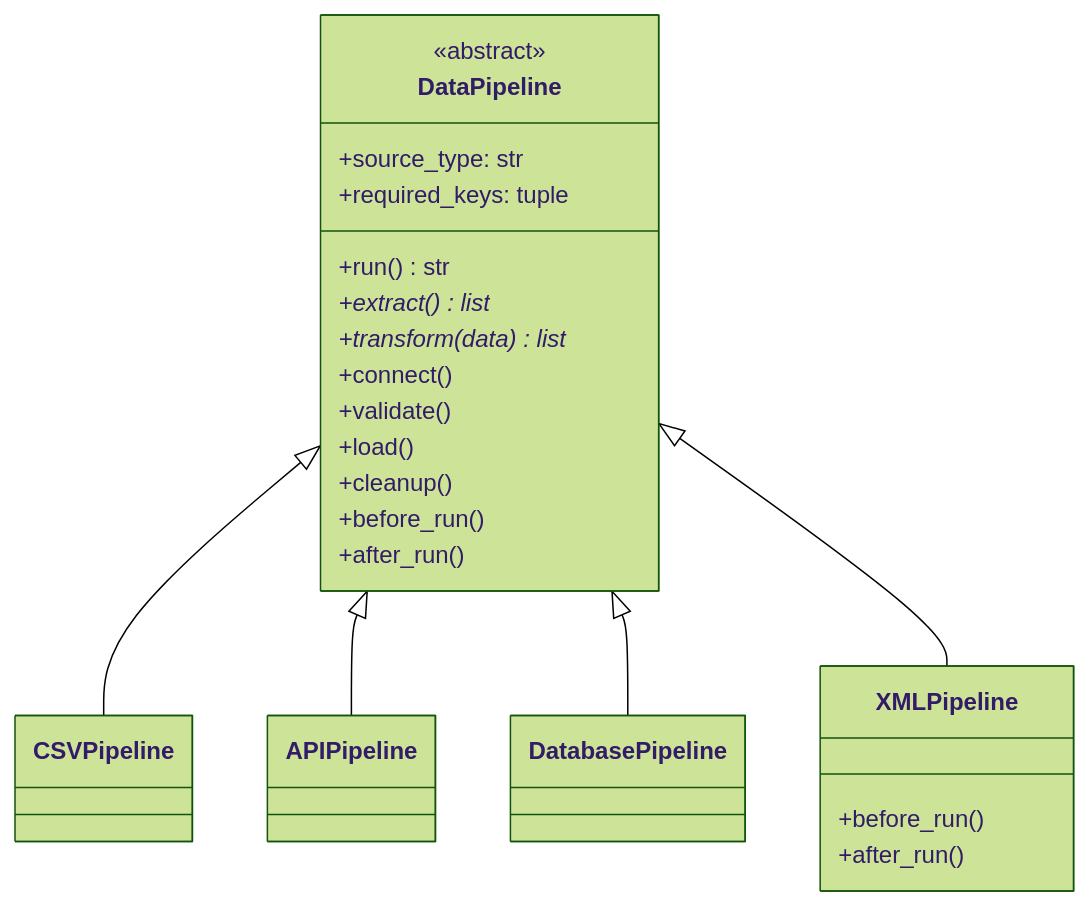
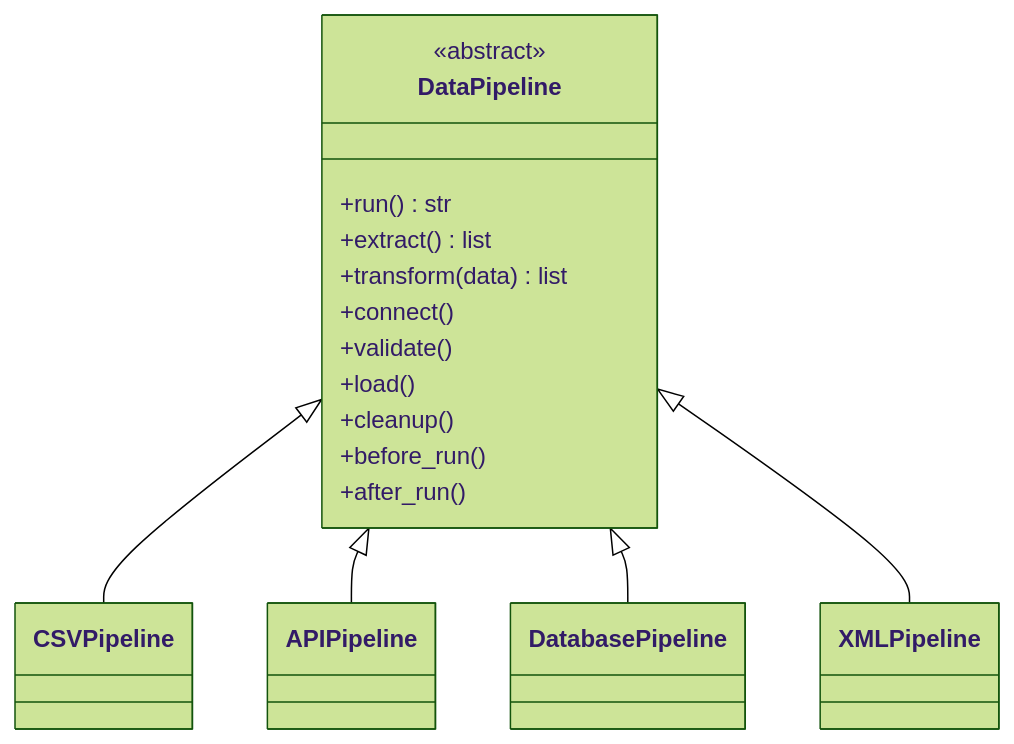
The seventh of 7 diagrams in 05-design-patterns/README.md (mathislepoutre1/oop-python-exercises), drawn with Mermaid (forest theme) before and after one commit. The commit also changed other lines of this file and 8 other files, not shown here.

````diff
--- a/05-design-patterns/README.md
+++ b/05-design-patterns/README.md
@@ -214,28 +175,23 @@
 ```mermaid
 classDiagram
     class DataPipeline {
         <<abstract>>
-        +source_type: str
-        +required_keys: tuple
         +run() str
-        +extract()* list
-        +transform(data)* list
+        +extract() list
+        +transform(data) list
         +connect()
         +validate()
         +load()
         +cleanup()
         +before_run()
         +after_run()
     }
     class CSVPipeline
     class APIPipeline
     class DatabasePipeline
-    class XMLPipeline {
-        +before_run()
-        +after_run()
-    }
+    class XMLPipeline
     DataPipeline <|-- CSVPipeline
     DataPipeline <|-- APIPipeline
     DataPipeline <|-- DatabasePipeline
     DataPipeline <|-- XMLPipeline
 ```
````
